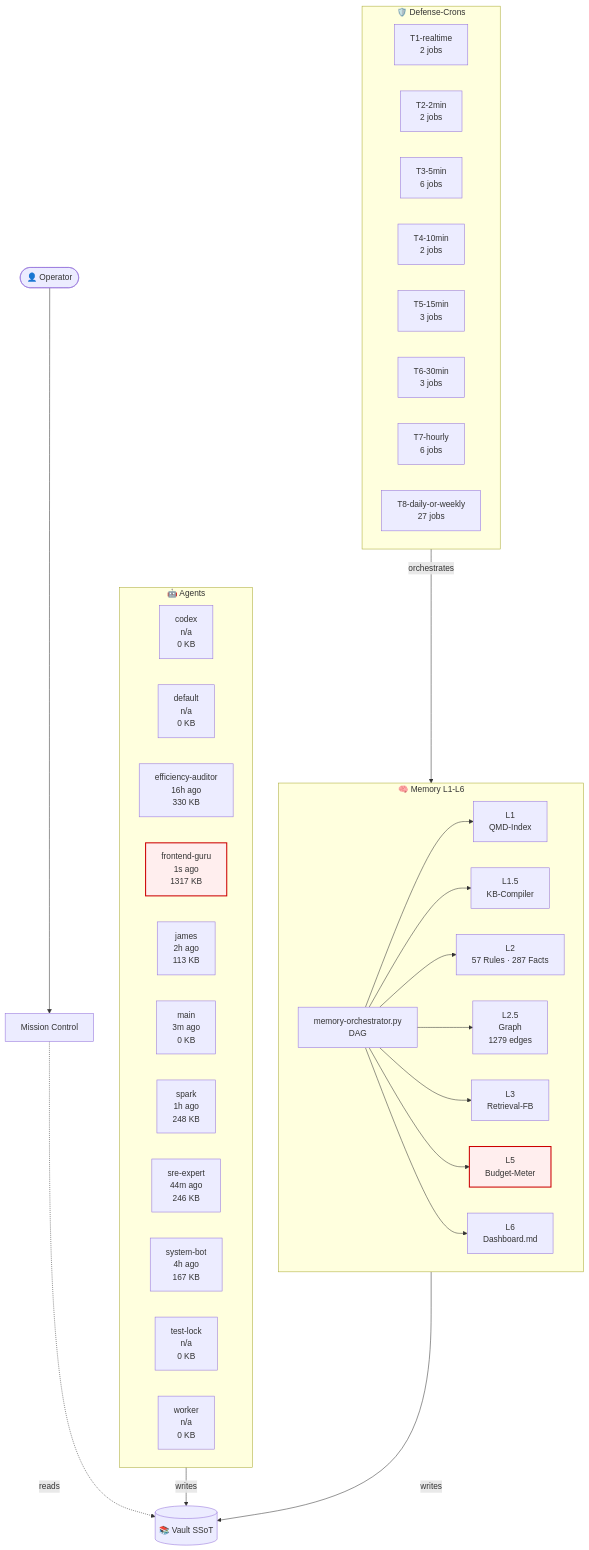
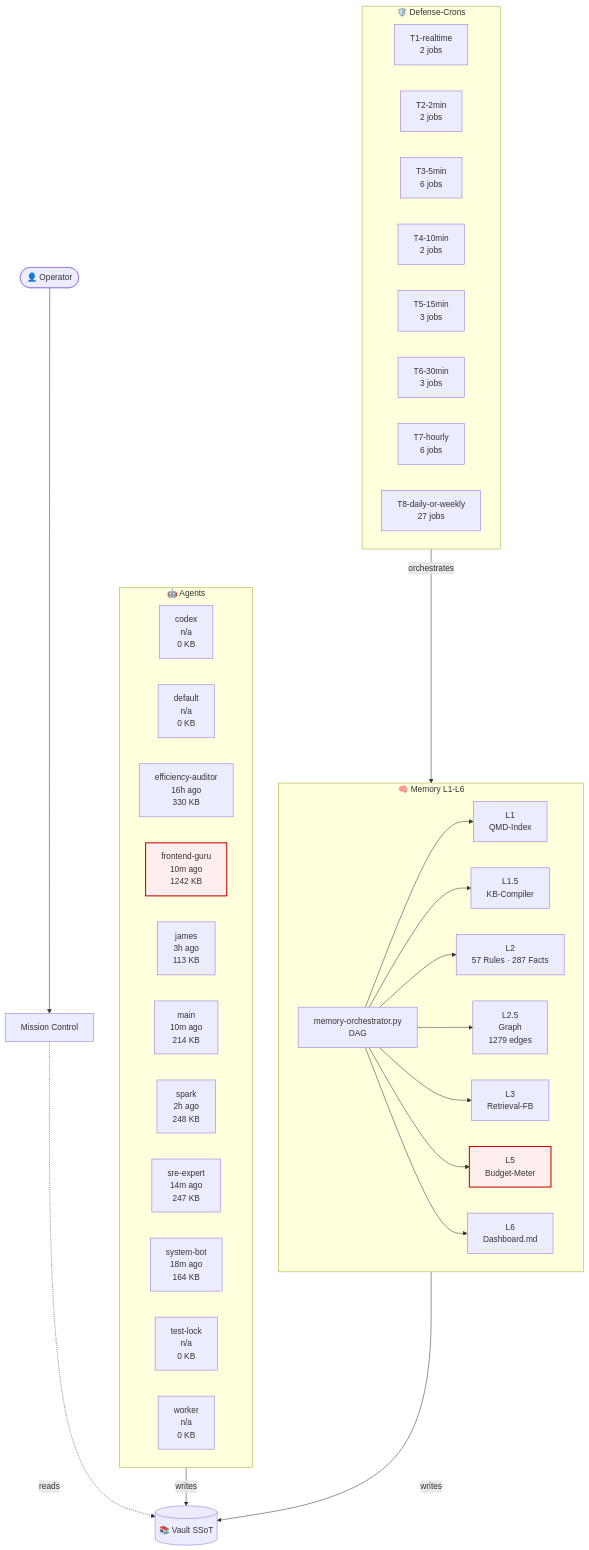
Before and after one commit to lenardhuebner88-rgb/openclaw-memory: the diagram in 03-Agents/architecture-live.md, drawn with Mermaid. The commit also changed other lines of this file and 17 other files, not shown here.

````diff
--- a/03-Agents/architecture-live.md
+++ b/03-Agents/architecture-live.md
@@ -18,54 +18,54 @@
 ```mermaid
 flowchart TB
     classDef critical fill:#fee,stroke:#c00,stroke-width:2px;
     subgraph AGT["🤖 Agents"]
         agent_codex["codex<br/>n/a<br/>0 KB"]
         agent_default["default<br/>n/a<br/>0 KB"]
         agent_efficiency_auditor["efficiency-auditor<br/>16h ago<br/>330 KB"]
-        agent_frontend_guru["frontend-guru<br/>1s ago<br/>1317 KB"]
-        agent_james["james<br/>2h ago<br/>113 KB"]
-        agent_main["main<br/>3m ago<br/>0 KB"]
-        agent_spark["spark<br/>1h ago<br/>248 KB"]
-        agent_sre_expert["sre-expert<br/>44m ago<br/>246 KB"]
-        agent_system_bot["system-bot<br/>4h ago<br/>167 KB"]
+        agent_frontend_guru["frontend-guru<br/>10m ago<br/>1242 KB"]
+        agent_james["james<br/>3h ago<br/>113 KB"]
+        agent_main["main<br/>10m ago<br/>214 KB"]
+        agent_spark["spark<br/>2h ago<br/>248 KB"]
+        agent_sre_expert["sre-expert<br/>14m ago<br/>247 KB"]
+        agent_system_bot["system-bot<br/>18m ago<br/>164 KB"]
         agent_test_lock["test-lock<br/>n/a<br/>0 KB"]
         agent_worker["worker<br/>n/a<br/>0 KB"]
     end
     subgraph MEM["🧠 Memory L1-L6"]
         L1["L1<br/>QMD-Index"]
         L15["L1.5<br/>KB-Compiler"]
         L2["L2<br/>57 Rules · 287 Facts"]
         L25["L2.5<br/>Graph<br/>1279 edges"]
         L3["L3<br/>Retrieval-FB"]
         L5["L5<br/>Budget-Meter"]
         L6["L6<br/>Dashboard.md"]
         ORCH["memory-orchestrator.py<br/>DAG"]
     end
     subgraph CRN["🛡️ Defense-Crons"]
         tier_T1_realtime["T1-realtime<br/>2 jobs"]
         tier_T2_2min["T2-2min<br/>2 jobs"]
         tier_T3_5min["T3-5min<br/>6 jobs"]
         tier_T4_10min["T4-10min<br/>2 jobs"]
         tier_T5_15min["T5-15min<br/>3 jobs"]
         tier_T6_30min["T6-30min<br/>3 jobs"]
         tier_T7_hourly["T7-hourly<br/>6 jobs"]
         tier_T8_daily_or_weekly["T8-daily-or-weekly<br/>27 jobs"]
     end
     VAULT[("📚 Vault SSoT")]
     OP([👤 Operator])
     MC["Mission Control"]
     OP --> MC
     MC -.reads.-> VAULT
     AGT -->|writes| VAULT
     MEM -->|writes| VAULT
     ORCH --> L1
     ORCH --> L15
     ORCH --> L2
     ORCH --> L25
     ORCH --> L3
     ORCH --> L5
     ORCH --> L6
     CRN -->|orchestrates| MEM
     class L5 critical
     class agent_frontend_guru critical
 ```
````
